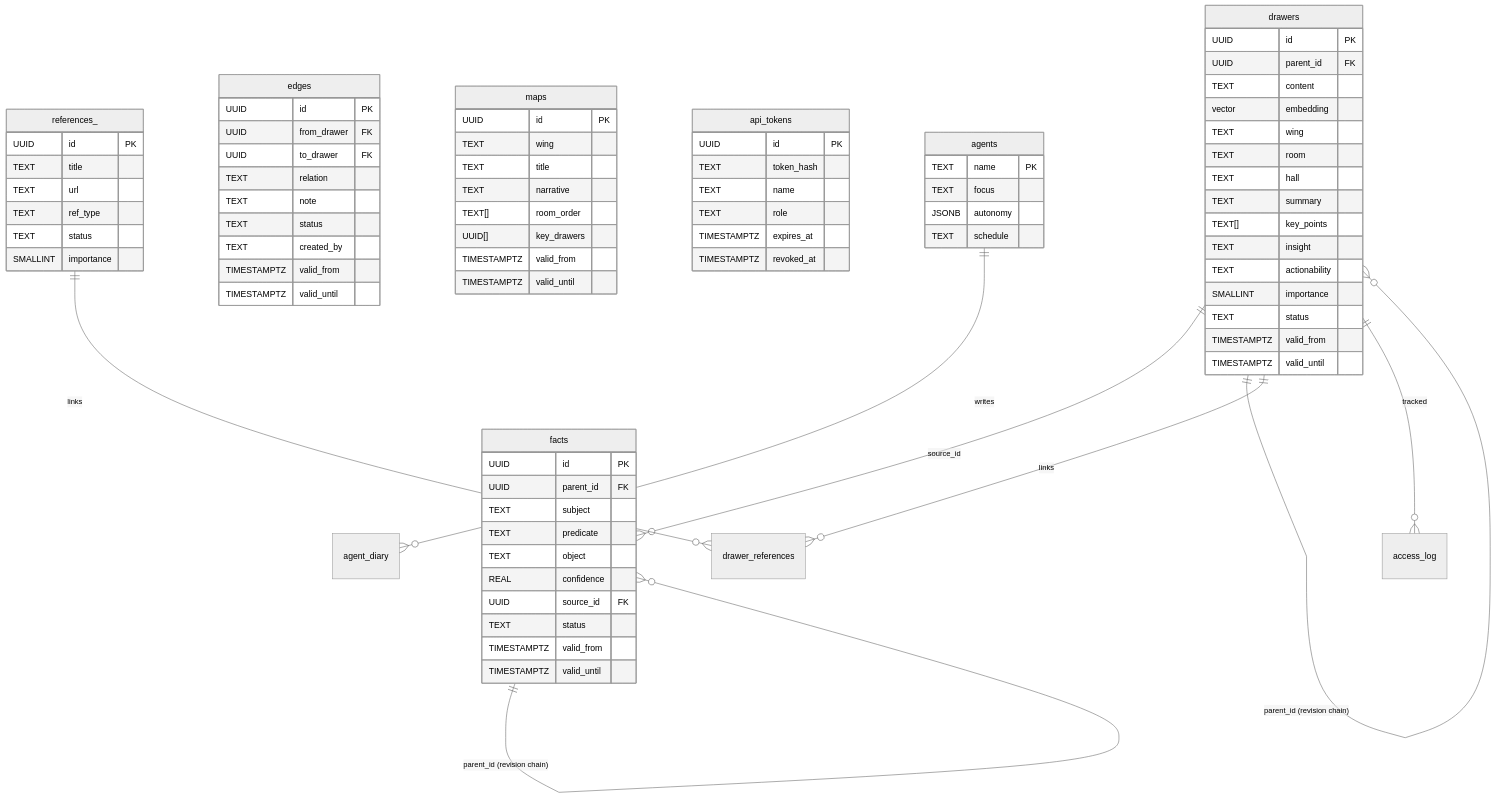
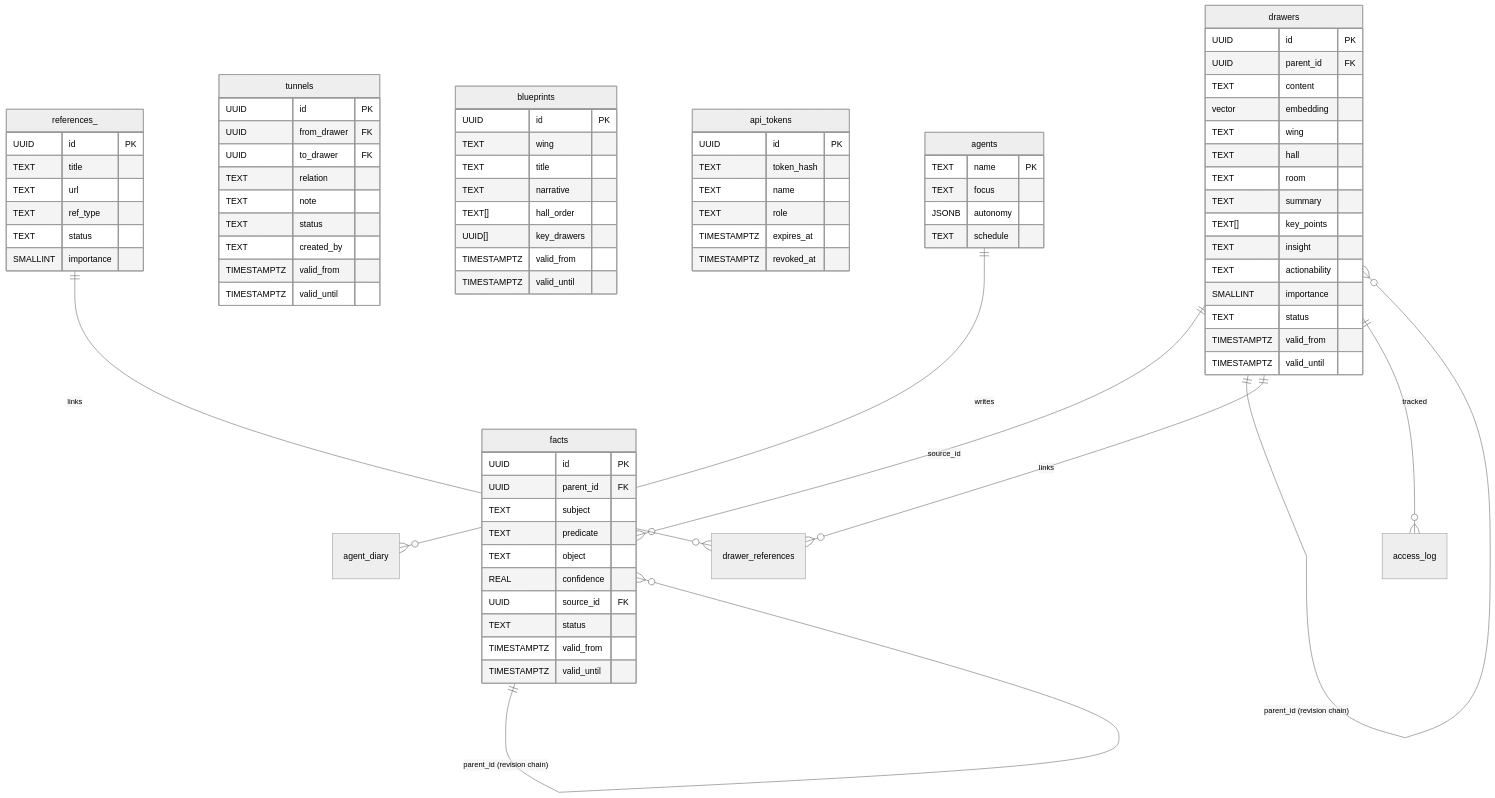
Before and after one commit to ufelmann/HiveMem: the third of 3 diagrams in README.md, drawn with Mermaid (neutral theme). The commit also changed other lines of this file, not shown here.

```diff
--- a/README.md
+++ b/README.md
@@ -320,8 +320,8 @@
         TEXT content
         vector embedding
         TEXT wing
+        TEXT hall
         TEXT room
-        TEXT hall
         TEXT summary
         TEXT[] key_points
         TEXT insight
@@ -343,7 +343,7 @@
         TIMESTAMPTZ valid_from
         TIMESTAMPTZ valid_until
     }
-    edges {
+    tunnels {
         UUID id PK
         UUID from_drawer FK
         UUID to_drawer FK
@@ -354,12 +354,12 @@
         TIMESTAMPTZ valid_from
         TIMESTAMPTZ valid_until
     }
-    maps {
+    blueprints {
         UUID id PK
         TEXT wing
         TEXT title
         TEXT narrative
-        TEXT[] room_order
+        TEXT[] hall_order
         UUID[] key_drawers
         TIMESTAMPTZ valid_from
         TIMESTAMPTZ valid_until
```
